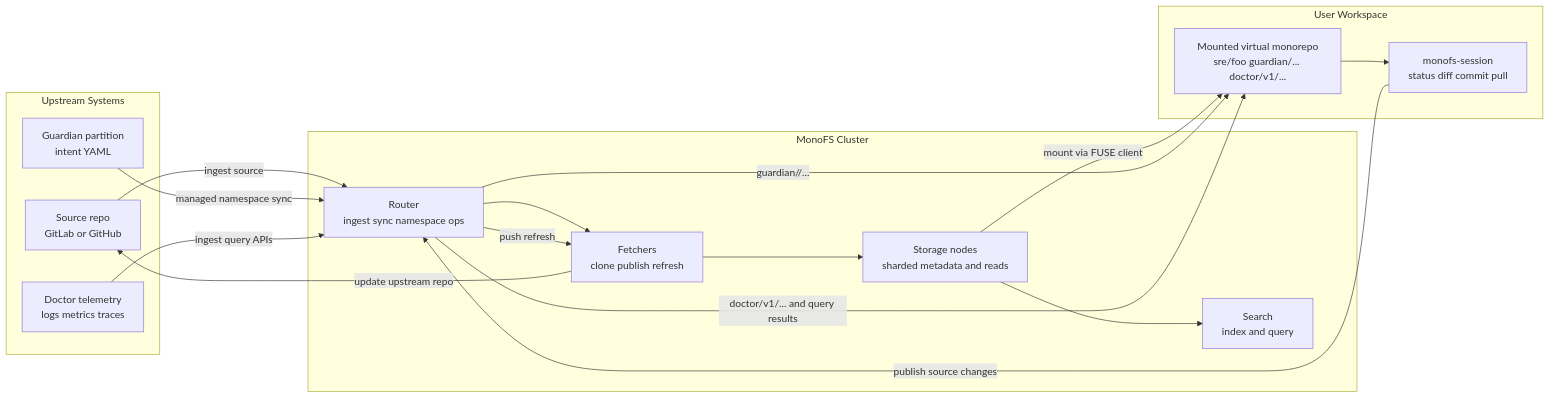
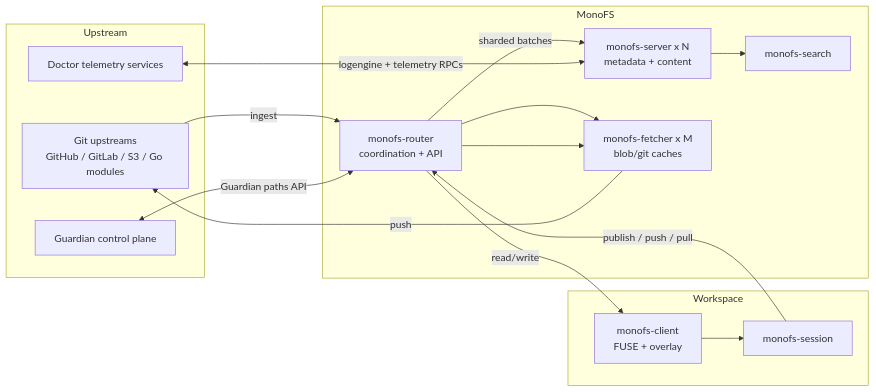
Before and after one commit to radryc/monofs: the diagram in docs/architecture.md, drawn with Mermaid. The commit also changed other lines of this file and 1 other file, not shown here.

Commit message:
docs: refresh README and architecture from current implementation

````diff
--- a/docs/architecture.md
+++ b/docs/architecture.md
@@ -26,34 +42,32 @@
 ```mermaid
 flowchart LR
-    subgraph Upstream[Upstream Systems]
-        Repo[Source repo\nGitLab or GitHub]
-        Guardian[Guardian partition\nintent YAML]
-        Doctor[Doctor telemetry\nlogs metrics traces]
+    subgraph Upstream
+        Git[Git upstreams<br/>GitHub / GitLab / S3 / Go modules]
+        Guardian[Guardian control plane]
+        Doctor[Doctor telemetry services]
     end
 
-    subgraph MonoFS[MonoFS Cluster]
-        Router[Router\ningest sync namespace ops]
-        Fetchers[Fetchers\nclone publish refresh]
-        Servers[Storage nodes\nsharded metadata and reads]
-        Search[Search\nindex and query]
+    subgraph MonoFS
+        Router[monofs-router<br/>coordination + API]
+        Nodes[monofs-server x N<br/>metadata + content]
+        Fetchers[monofs-fetcher x M<br/>blob/git caches]
+        Search[monofs-search]
     end
 
-    subgraph Workstation[User Workspace]
-        Mount[Mounted virtual monorepo\nsre/foo guardian/... doctor/v1/...]
-        Session[monofs-session\nstatus diff commit pull]
+    subgraph Workspace
+        Client[monofs-client<br/>FUSE + overlay]
+        Session[monofs-session]
     end
 
-    Repo -->|ingest source| Router
+    Git -->|ingest| Router
     Router --> Fetchers
-    Fetchers --> Servers
-    Servers --> Search
-    Servers -->|mount via FUSE client| Mount
-    Guardian -->|managed namespace sync| Router
-    Router -->|guardian/<partition>/...| Mount
-    Doctor -->|ingest query APIs| Router
-    Router -->|doctor/v1/... and query results| Mount
-    Mount --> Session
-    Session -->|publish source changes| Router
-    Router -->|push refresh| Fetchers
-    Fetchers -->|update upstream repo| Repo
+    Router -->|sharded batches| Nodes
+    Nodes --> Search
+    Guardian <-->|Guardian paths API| Router
+    Doctor <-->|logengine + telemetry RPCs| Nodes
+    Router -->|read/write| Client
+    Client --> Session
+    Session -->|publish / push / pull| Router
+    Router --> Fetchers
+    Fetchers -->|push| Git
 ```
````
